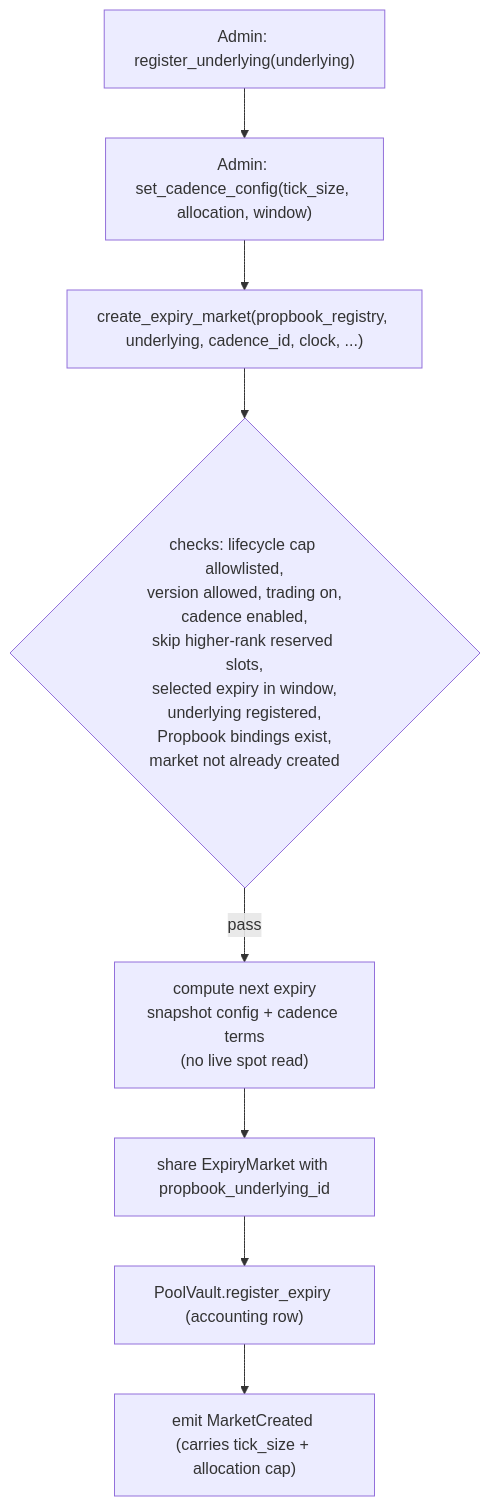
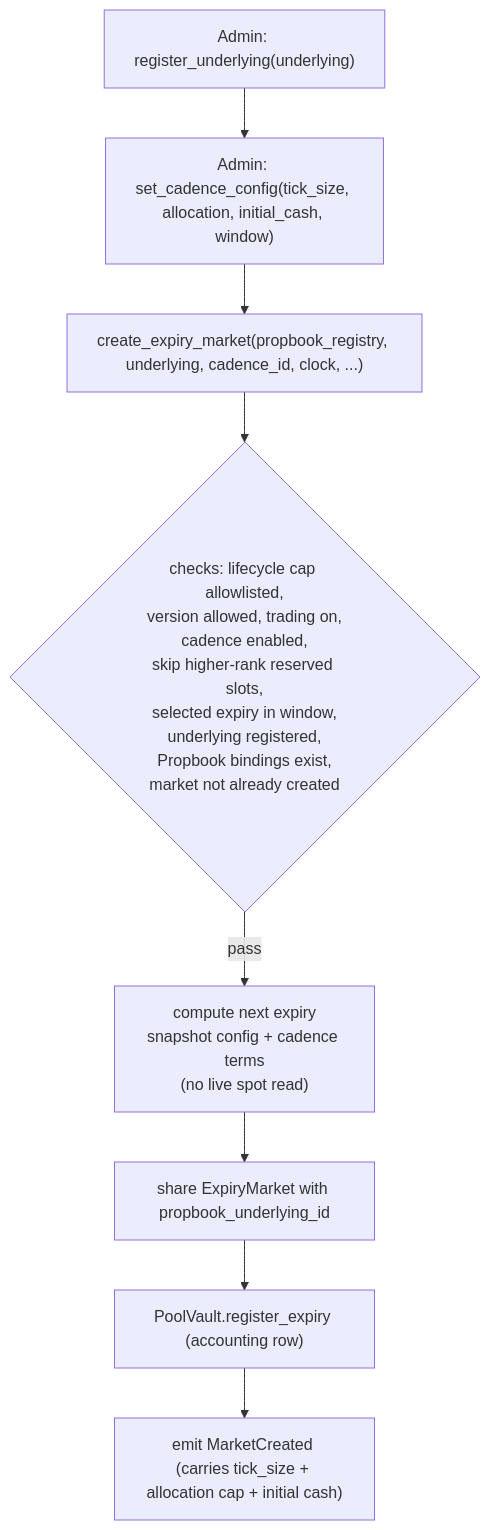
Before and after one commit to MystenLabs/deepbookv3: the first of 2 diagrams in packages/predict/docs/concepts/markets-and-positions.md, drawn with Mermaid. The commit also changed other lines of this file and 24 other files, not shown here.

Commit message:
predict: add cadence initial expiry cash

````diff
--- a/packages/predict/docs/concepts/markets-and-positions.md
+++ b/packages/predict/docs/concepts/markets-and-positions.md
@@ -26,10 +26,10 @@
 ```mermaid
 flowchart TD
-  A["Admin: register_underlying(underlying)"] --> B["Admin: set_cadence_config(tick_size, allocation, window)"]
+  A["Admin: register_underlying(underlying)"] --> B["Admin: set_cadence_config(tick_size, allocation, initial_cash, window)"]
   B --> C["create_expiry_market(propbook_registry, underlying, cadence_id, clock, ...)"]
   C --> D{"checks: lifecycle cap allowlisted,<br/>version allowed, trading on,<br/>cadence enabled,<br/>skip higher-rank reserved slots,<br/>selected expiry in window,<br/>underlying registered,<br/>Propbook bindings exist,<br/>market not already created"}
   D -->|pass| E["compute next expiry<br/>snapshot config + cadence terms<br/>(no live spot read)"]
   E --> F["share ExpiryMarket with propbook_underlying_id"]
   F --> G["PoolVault.register_expiry (accounting row)"]
-  G --> H["emit MarketCreated (carries tick_size + allocation cap)"]
+  G --> H["emit MarketCreated (carries tick_size + allocation cap + initial cash)"]
 ```
````
